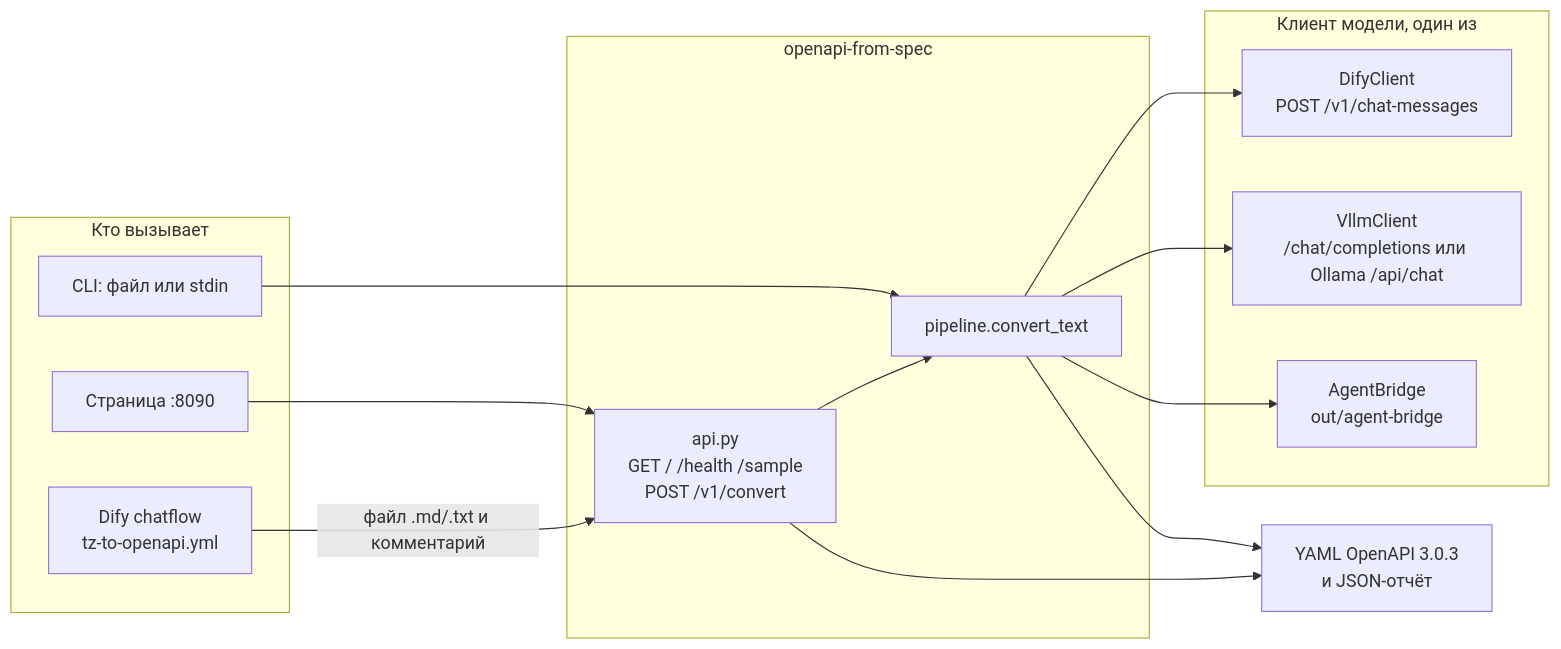
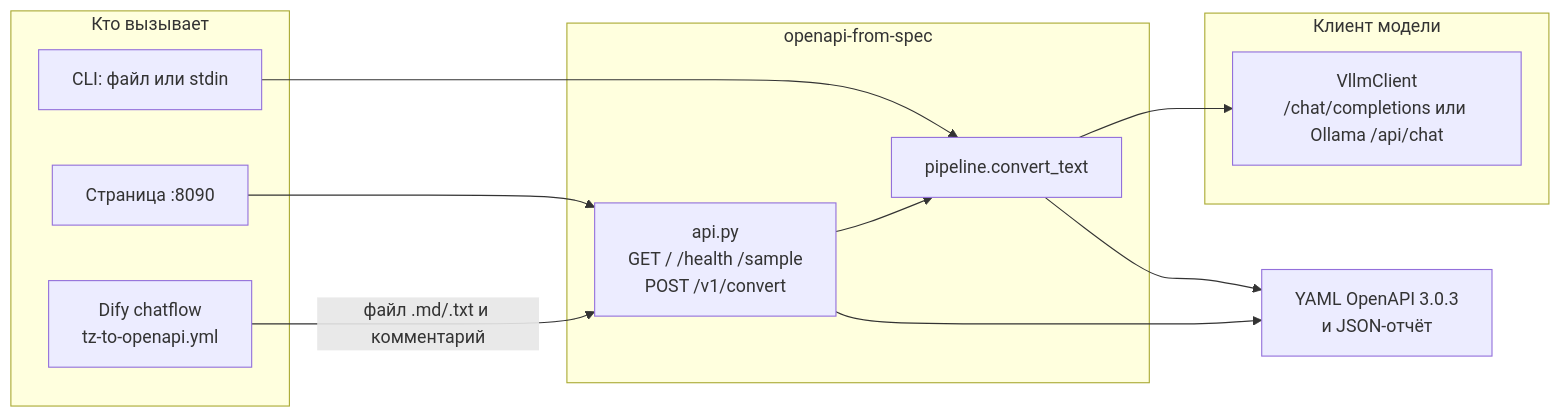
The first of 2 diagrams in README.md (Aknagram/openapi-from-spec), drawn with Mermaid before and after one commit. The commit also changed other lines of this file and 5 other files, not shown here.

````diff
--- a/README.md
+++ b/README.md
@@ -9,29 +9,25 @@
 ```mermaid
 flowchart LR
   subgraph clients [Кто вызывает]
     CLI["CLI: файл или stdin"]
     PAGE["Страница :8090"]
     CHAT["Dify chatflow\ntz-to-openapi.yml"]
   end
 
   subgraph service [openapi-from-spec]
     HTTP["api.py\nGET / /health /sample\nPOST /v1/convert"]
     CORE["pipeline.convert_text"]
   end
 
-  subgraph models [Клиент модели, один из]
-    DIFY["DifyClient\nPOST /v1/chat-messages"]
+  subgraph models [Клиент модели]
     VLLM["VllmClient\n/chat/completions или Ollama /api/chat"]
-    AGENT["AgentBridge\nout/agent-bridge"]
   end
 
   CLI --> CORE
   PAGE --> HTTP
   CHAT -->|"файл .md/.txt и комментарий"| HTTP
   HTTP --> CORE
-  CORE --> DIFY
   CORE --> VLLM
-  CORE --> AGENT
   CORE --> OUT["YAML OpenAPI 3.0.3\nи JSON-отчёт"]
   HTTP --> OUT
 ```
````
